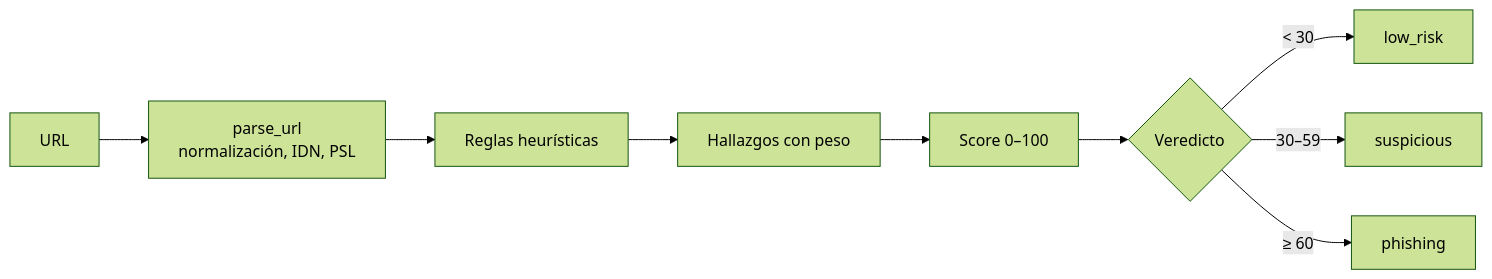
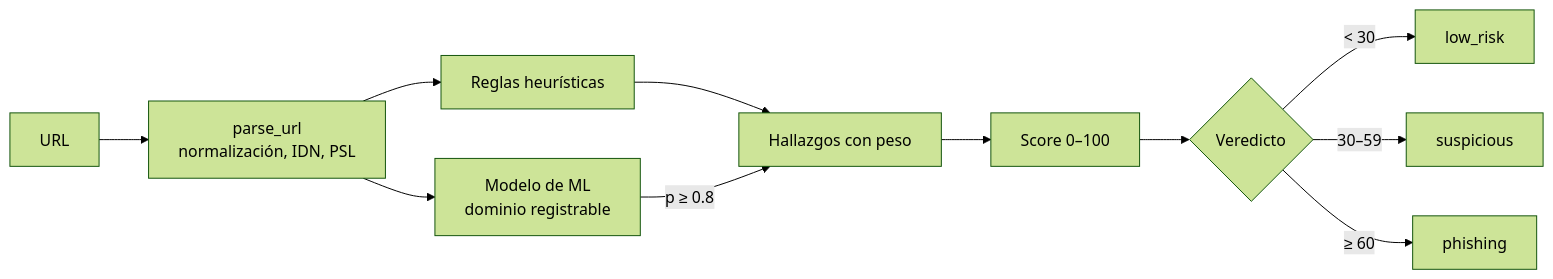
Before and after one commit to al4an444/phishguard: the diagram in README.md, drawn with Mermaid (forest theme). The commit also changed other lines of this file and 13 other files, not shown here.

````diff
--- a/README.md
+++ b/README.md
@@ -97,11 +102,13 @@
 ```mermaid
 flowchart LR
     A[URL] --> B[parse_url<br/>normalización, IDN, PSL]
     B --> C[Reglas heurísticas]
+    B --> M[Modelo de ML<br/>dominio registrable]
     C --> D[Hallazgos con peso]
+    M -->|p ≥ 0.8| D
     D --> E[Score 0–100]
     E --> F{Veredicto}
     F -->|< 30| G[low_risk]
     F -->|30–59| H[suspicious]
     F -->|≥ 60| I[phishing]
 ```
````
